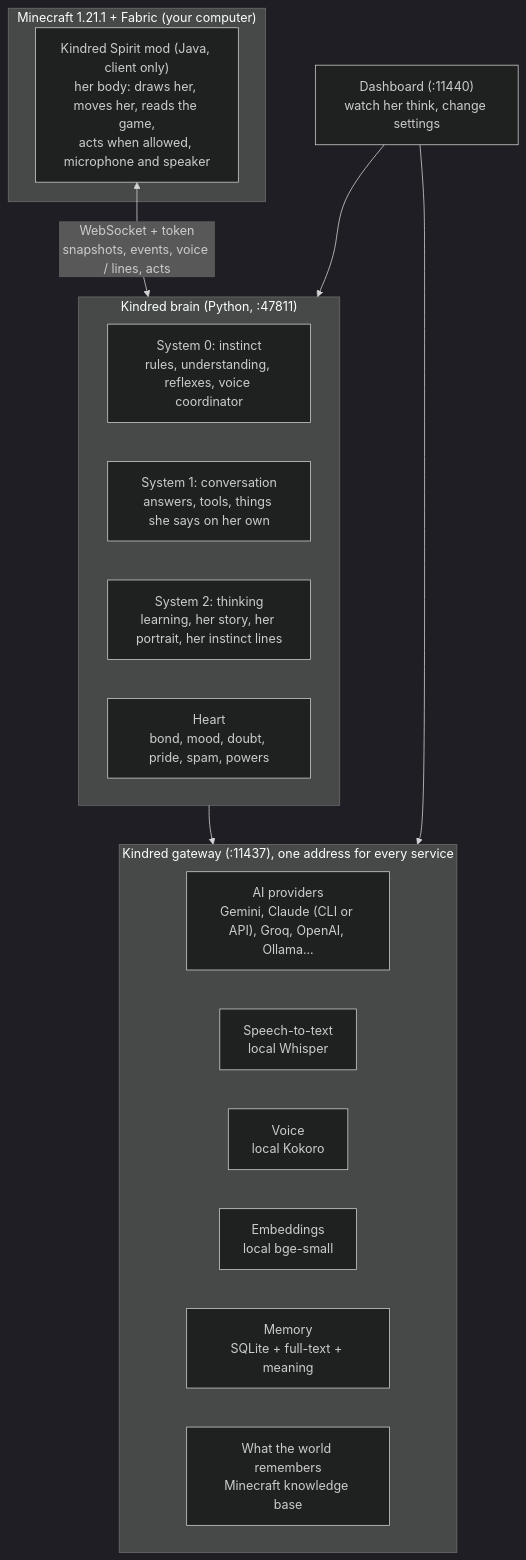
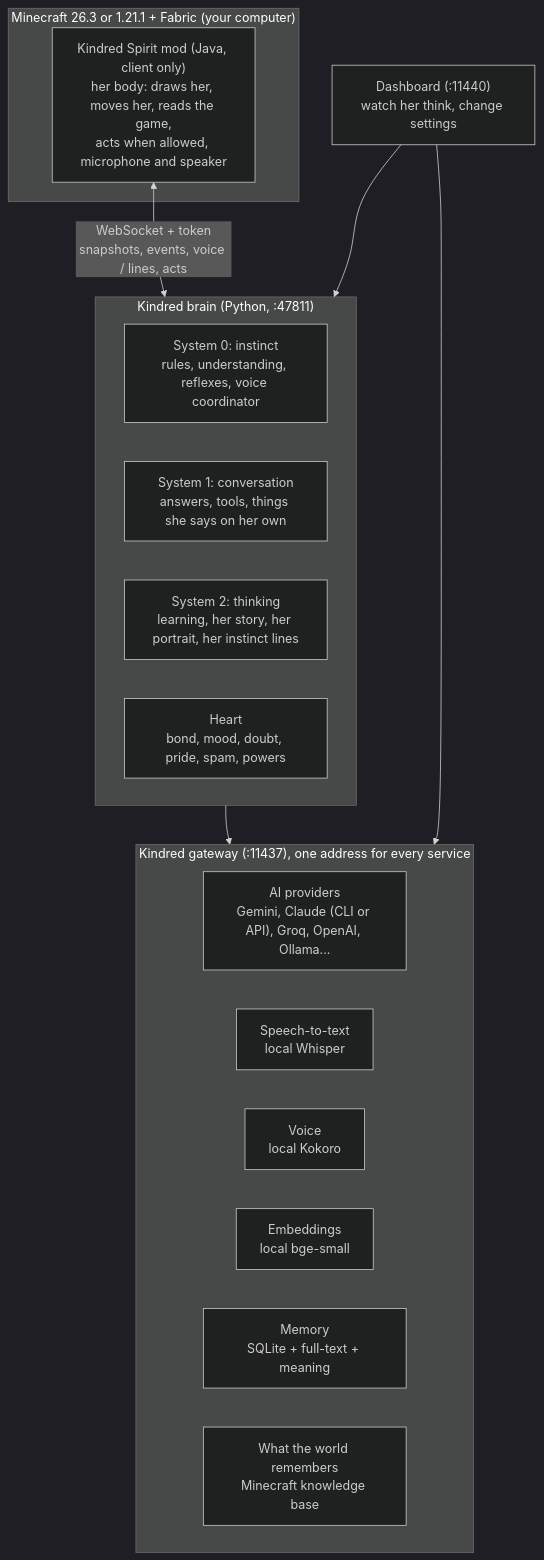
The first of 5 diagrams in docs/ARCHITECTURE.md (PetitPotam/kindred-spirit), drawn with Mermaid (dark theme) before and after one commit. The commit also changed other lines of this file and 12 other files, not shown here.

````diff
--- a/docs/ARCHITECTURE.md
+++ b/docs/ARCHITECTURE.md
@@ -11,25 +11,25 @@
 ```mermaid
 flowchart TB
-  subgraph game["Minecraft 1.21.1 + Fabric (your computer)"]
+  subgraph game["Minecraft 26.3 or 1.21.1 + Fabric (your computer)"]
     mod["Kindred Spirit mod (Java, client only)<br/>her body: draws her, moves her, reads the game,<br/>acts when allowed, microphone and speaker"]
   end
   subgraph brain["Kindred brain (Python, :47811)"]
     s0["System 0: instinct<br/>rules, understanding, reflexes, voice coordinator"]
     s1["System 1: conversation<br/>answers, tools, things she says on her own"]
     s2["System 2: thinking<br/>learning, her story, her portrait, her instinct lines"]
     heart["Heart<br/>bond, mood, doubt, pride, spam, powers"]
   end
   subgraph gateway["Kindred gateway (:11437), one address for every service"]
     ai["AI providers<br/>Gemini, Claude (CLI or API), Groq, OpenAI, Ollama..."]
     stt["Speech-to-text<br/>local Whisper"]
     tts["Voice<br/>local Kokoro"]
     emb["Embeddings<br/>local bge-small"]
     mem["Memory<br/>SQLite + full-text + meaning"]
     kb["What the world remembers<br/>Minecraft knowledge base"]
   end
   dash["Dashboard (:11440)<br/>watch her think, change settings"]
   mod <-- "WebSocket + token<br/>snapshots, events, voice / lines, acts" --> brain
   brain --> gateway
   dash --> brain
   dash --> gateway
 ```
````
